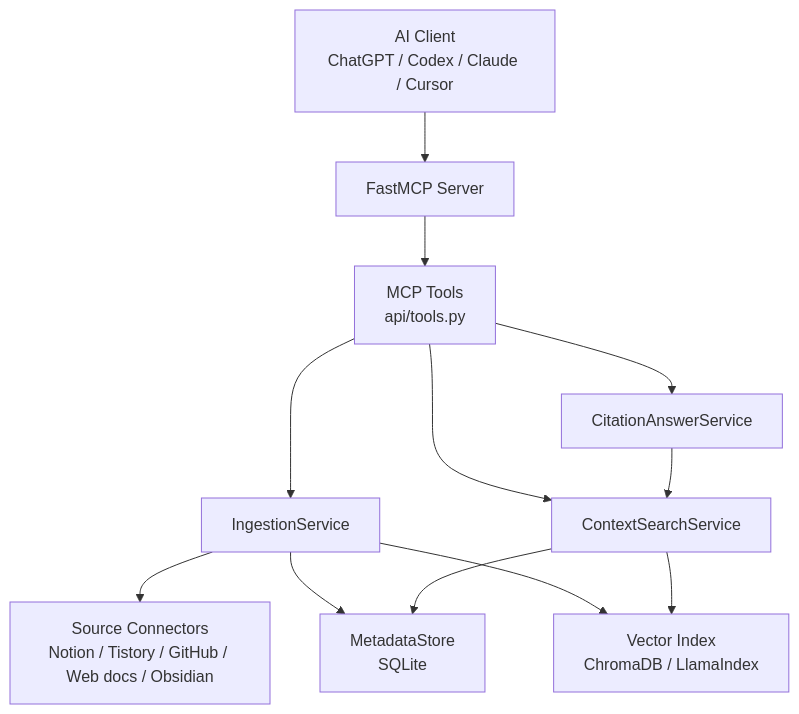
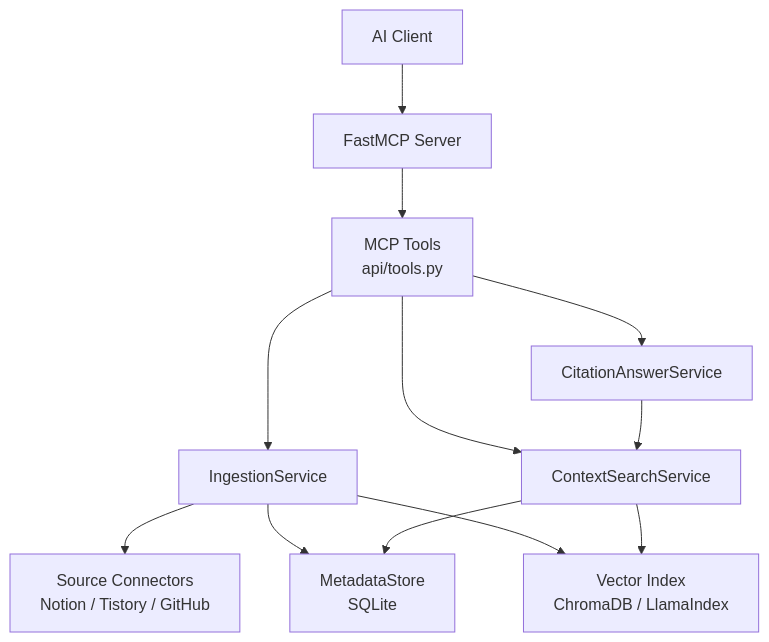
The first of 2 diagrams in docs/contextwiki-core-understanding.md (eunhwa99/MCPContentSearch), drawn with Mermaid before and after one commit. The commit also changed other lines of this file and 90 other files, not shown here.

````diff
--- a/docs/contextwiki-core-understanding.md
+++ b/docs/contextwiki-core-understanding.md
@@ -141,24 +87,24 @@
 ```mermaid
 flowchart TD
-    Client["AI Client<br/>ChatGPT / Codex / Claude / Cursor"]
+    Client["AI Client"]
     MCP["FastMCP Server"]
     Tools["MCP Tools<br/>api/tools.py"]
     Ingestion["IngestionService"]
     Search["ContextSearchService"]
     Answer["CitationAnswerService"]
     Store["MetadataStore<br/>SQLite"]
     Vector["Vector Index<br/>ChromaDB / LlamaIndex"]
-    Sources["Source Connectors<br/>Notion / Tistory / GitHub / Web docs / Obsidian"]
+    Sources["Source Connectors<br/>Notion / Tistory / GitHub"]
 
     Client --> MCP
     MCP --> Tools
     Tools --> Ingestion
     Tools --> Search
     Tools --> Answer
     Ingestion --> Sources
     Ingestion --> Store
     Ingestion --> Vector
     Search --> Vector
     Search --> Store
     Answer --> Search
 ```
````
